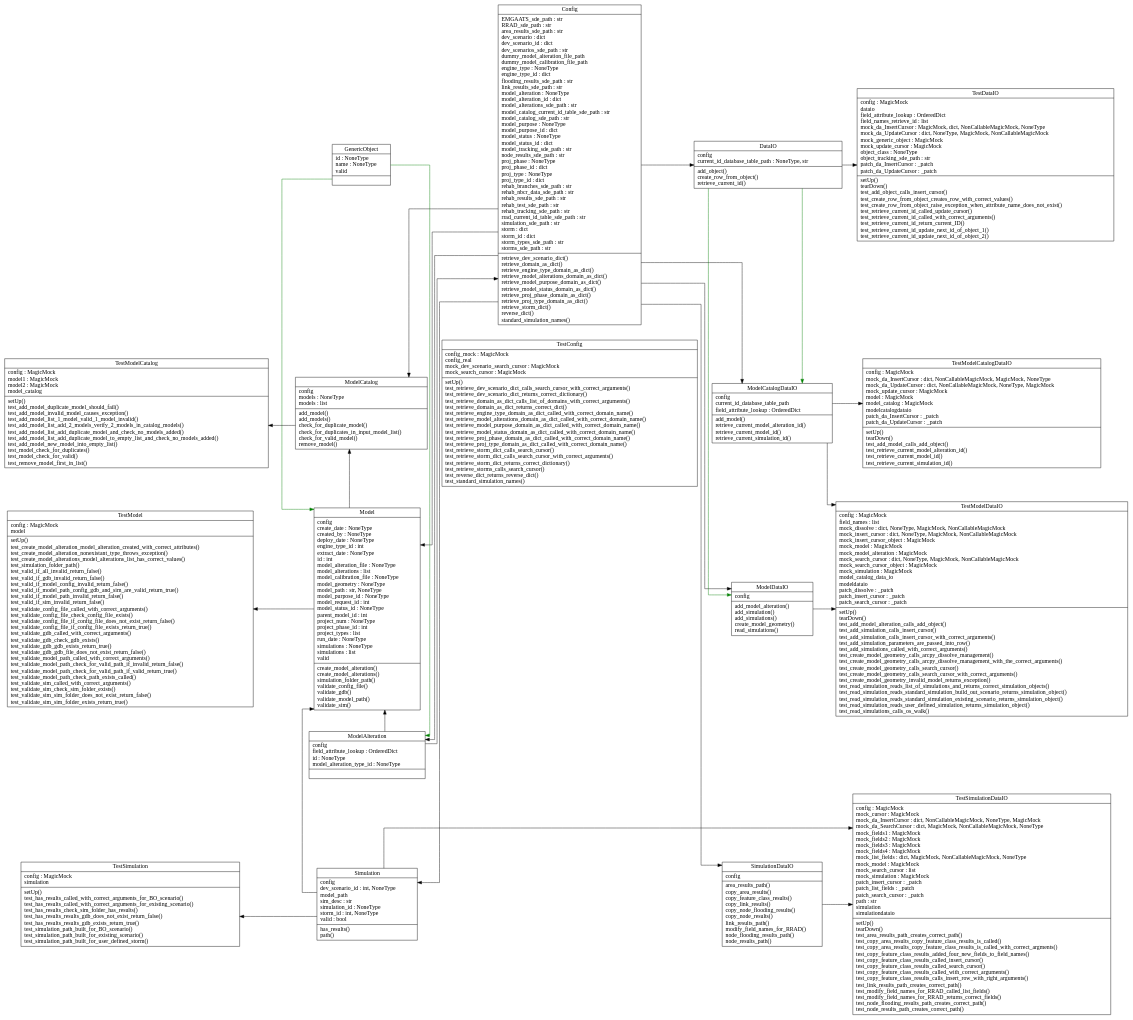
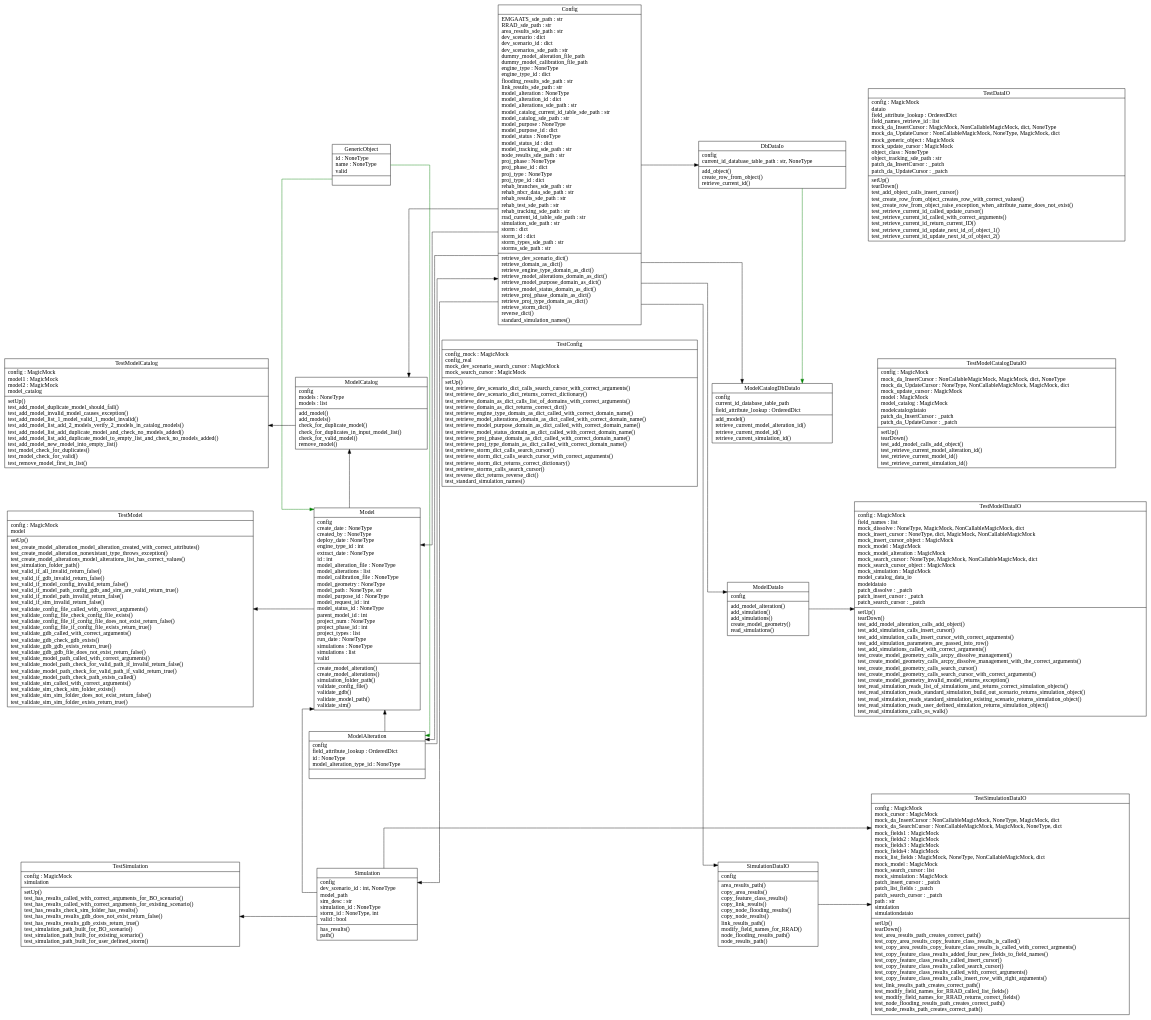
One commit to PDXBES/ModelCatalog changed the diagram in docs/Class_Diagram_Tool/finalModel_Catalog.dot. Above: the diagram before and after it, drawn with Graphviz. The commit also changed 29 other files, not shown here.

Commit message:
Updates to class diagrams and control files

```diff
--- a/docs/Class_Diagram_Tool/finalModel_Catalog.dot
+++ b/docs/Class_Diagram_Tool/finalModel_Catalog.dot
@@ -5,23 +5,23 @@
 edge [ constraint=False ];
 splines="ortho";
 "Config" [label="{Config|EMGAATS_sde_path : str\lRRAD_sde_path : str\larea_results_sde_path : str\ldev_scenario : dict\ldev_scenario_id : dict\ldev_scenarios_sde_path : str\ldummy_model_alteration_file_path\ldummy_model_calibration_file_path\lengine_type : NoneType\lengine_type_id : dict\lflooding_results_sde_path : str\llink_results_sde_path : str\lmodel_alteration : NoneType\lmodel_alteration_id : dict\lmodel_alterations_sde_path : str\lmodel_catalog_current_id_table_sde_path : str\lmodel_catalog_sde_path : str\lmodel_purpose : NoneType\lmodel_purpose_id : dict\lmodel_status : NoneType\lmodel_status_id : dict\lmodel_tracking_sde_path : str\lnode_results_sde_path : str\lproj_phase : NoneType\lproj_phase_id : dict\lproj_type : NoneType\lproj_type_id : dict\lrehab_branches_sde_path : str\lrehab_nbcr_data_sde_path : str\lrehab_results_sde_path : str\lrehab_test_sde_path : str\lrehab_tracking_sde_path : str\lrrad_current_id_table_sde_path : str\lsimulation_sde_path : str\lstorm : dict\lstorm_id : dict\lstorm_types_sde_path : str\lstorms_sde_path : str\l|retrieve_dev_scenario_dict()\lretrieve_domain_as_dict()\lretrieve_engine_type_domain_as_dict()\lretrieve_model_alterations_domain_as_dict()\lretrieve_model_purpose_domain_as_dict()\lretrieve_model_status_domain_as_dict()\lretrieve_proj_phase_domain_as_dict()\lretrieve_proj_type_domain_as_dict()\lretrieve_storm_dict()\lreverse_dict()\lstandard_simulation_names()\l}", shape="record"];
-"DataIO" [label="{DataIO|config\lcurrent_id_database_table_path : NoneType, str\l|add_object()\lcreate_row_from_object()\lretrieve_current_id()\l}", shape="record"];
+"DbDataIo" [label="{DbDataIo|config\lcurrent_id_database_table_path : str, NoneType\l|add_object()\lcreate_row_from_object()\lretrieve_current_id()\l}", shape="record"];
 "GenericObject" [label="{GenericObject|id : NoneType\lname : NoneType\lvalid\l|}", shape="record"];
-"Model" [label="{Model|config\lcreate_date : NoneType\lcreated_by : NoneType\ldeploy_date : NoneType\lengine_type_id : int\lextract_date : NoneType\lid : int\lmodel_alteration_file : NoneType\lmodel_alterations : list\lmodel_calibration_file : NoneType\lmodel_geometry : NoneType\lmodel_path : str, NoneType\lmodel_purpose_id : NoneType\lmodel_request_id : int\lmodel_status_id : NoneType\lparent_model_id : int\lproject_num : NoneType\lproject_phase_id : int\lproject_types : list\lrun_date : NoneType\lsimulations : NoneType\lsimulations : list\lvalid\l|create_model_alteration()\lcreate_model_alterations()\lsimulation_folder_path()\lvalidate_config_file()\lvalidate_gdb()\lvalidate_model_path()\lvalidate_sim()\l}", shape="record"];
+"Model" [label="{Model|config\lcreate_date : NoneType\lcreated_by : NoneType\ldeploy_date : NoneType\lengine_type_id : int\lextract_date : NoneType\lid : int\lmodel_alteration_file : NoneType\lmodel_alterations : list\lmodel_calibration_file : NoneType\lmodel_geometry : NoneType\lmodel_path : NoneType, str\lmodel_purpose_id : NoneType\lmodel_request_id : int\lmodel_status_id : NoneType\lparent_model_id : int\lproject_num : NoneType\lproject_phase_id : int\lproject_types : list\lrun_date : NoneType\lsimulations : NoneType\lsimulations : list\lvalid\l|create_model_alteration()\lcreate_model_alterations()\lsimulation_folder_path()\lvalidate_config_file()\lvalidate_gdb()\lvalidate_model_path()\lvalidate_sim()\l}", shape="record"];
 "ModelAlteration" [label="{ModelAlteration|config\lfield_attribute_lookup : OrderedDict\lid : NoneType\lmodel_alteration_type_id : NoneType\l|}", shape="record"];
 "ModelCatalog" [label="{ModelCatalog|config\lmodels : NoneType\lmodels : list\l|add_model()\ladd_models()\lcheck_for_duplicate_model()\lcheck_for_duplicates_in_input_model_list()\lcheck_for_valid_model()\lremove_model()\l}", shape="record"];
-"ModelCatalogDataIO" [label="{ModelCatalogDataIO|config\lcurrent_id_database_table_path\lfield_attribute_lookup : OrderedDict\l|add_model()\lretrieve_current_model_alteration_id()\lretrieve_current_model_id()\lretrieve_current_simulation_id()\l}", shape="record"];
-"ModelDataIO" [label="{ModelDataIO|config\l|add_model_alteration()\ladd_simulation()\ladd_simulations()\lcreate_model_geometry()\lread_simulations()\l}", shape="record"];
-"Simulation" [label="{Simulation|config\ldev_scenario_id : int, NoneType\lmodel_path\lsim_desc : str\lsimulation_id : NoneType\lstorm_id : int, NoneType\lvalid : bool\l|has_results()\lpath()\l}", shape="record"];
+"ModelCatalogDbDataIo" [label="{ModelCatalogDbDataIo|config\lcurrent_id_database_table_path\lfield_attribute_lookup : OrderedDict\l|add_model()\lretrieve_current_model_alteration_id()\lretrieve_current_model_id()\lretrieve_current_simulation_id()\l}", shape="record"];
+"ModelDataIo" [label="{ModelDataIo|config\l|add_model_alteration()\ladd_simulation()\ladd_simulations()\lcreate_model_geometry()\lread_simulations()\l}", shape="record"];
+"Simulation" [label="{Simulation|config\ldev_scenario_id : int, NoneType\lmodel_path\lsim_desc : str\lsimulation_id : NoneType\lstorm_id : NoneType, int\lvalid : bool\l|has_results()\lpath()\l}", shape="record"];
 "SimulationDataIO" [label="{SimulationDataIO|config\l|area_results_path()\lcopy_area_results()\lcopy_feature_class_results()\lcopy_link_results()\lcopy_node_flooding_results()\lcopy_node_results()\llink_results_path()\lmodify_field_names_for_RRAD()\lnode_flooding_results_path()\lnode_results_path()\l}", shape="record"];
 "TestConfig" [label="{TestConfig|config_mock : MagicMock\lconfig_real\lmock_dev_scenario_search_cursor : MagicMock\lmock_search_cursor : MagicMock\l|setUp()\ltest_retrieve_dev_scenario_dict_calls_search_cursor_with_correct_arguments()\ltest_retrieve_dev_scenario_dict_returns_correct_dictionary()\ltest_retrieve_domain_as_dict_calls_list_of_domains_with_correct_arguments()\ltest_retrieve_domain_as_dict_returns_correct_dict()\ltest_retrieve_engine_type_domain_as_dict_called_with_correct_domain_name()\ltest_retrieve_model_alterations_domain_as_dict_called_with_correct_domain_name()\ltest_retrieve_model_purpose_domain_as_dict_called_with_correct_domain_name()\ltest_retrieve_model_status_domain_as_dict_called_with_correct_domain_name()\ltest_retrieve_proj_phase_domain_as_dict_called_with_correct_domain_name()\ltest_retrieve_proj_type_domain_as_dict_called_with_correct_domain_name()\ltest_retrieve_storm_dict_calls_search_cursor()\ltest_retrieve_storm_dict_calls_search_cursor_with_correct_arguments()\ltest_retrieve_storm_dict_returns_correct_dictionary()\ltest_retrieve_storms_calls_search_cursor()\ltest_reverse_dict_returns_reverse_dict()\ltest_standard_simulation_names()\l}", shape="record"];
-"TestDataIO" [label="{TestDataIO|config : MagicMock\ldataio\lfield_attribute_lookup : OrderedDict\lfield_names_retrieve_id : list\lmock_da_InsertCursor : MagicMock, dict, NonCallableMagicMock, NoneType\lmock_da_UpdateCursor : dict, NoneType, MagicMock, NonCallableMagicMock\lmock_generic_object : MagicMock\lmock_update_cursor : MagicMock\lobject_class : NoneType\lobject_tracking_sde_path : str\lpatch_da_InsertCursor : _patch\lpatch_da_UpdateCursor : _patch\l|setUp()\ltearDown()\ltest_add_object_calls_insert_cursor()\ltest_create_row_from_object_creates_row_with_correct_values()\ltest_create_row_from_object_raise_exception_when_attribute_name_does_not_exist()\ltest_retrieve_current_id_called_update_cursor()\ltest_retrieve_current_id_called_with_correct_arguments()\ltest_retrieve_current_id_return_current_ID()\ltest_retrieve_current_id_update_next_id_of_object_1()\ltest_retrieve_current_id_update_next_id_of_object_2()\l}", shape="record"];
+"TestDataIO" [label="{TestDataIO|config : MagicMock\ldataio\lfield_attribute_lookup : OrderedDict\lfield_names_retrieve_id : list\lmock_da_InsertCursor : MagicMock, NonCallableMagicMock, dict, NoneType\lmock_da_UpdateCursor : NonCallableMagicMock, NoneType, MagicMock, dict\lmock_generic_object : MagicMock\lmock_update_cursor : MagicMock\lobject_class : NoneType\lobject_tracking_sde_path : str\lpatch_da_InsertCursor : _patch\lpatch_da_UpdateCursor : _patch\l|setUp()\ltearDown()\ltest_add_object_calls_insert_cursor()\ltest_create_row_from_object_creates_row_with_correct_values()\ltest_create_row_from_object_raise_exception_when_attribute_name_does_not_exist()\ltest_retrieve_current_id_called_update_cursor()\ltest_retrieve_current_id_called_with_correct_arguments()\ltest_retrieve_current_id_return_current_ID()\ltest_retrieve_current_id_update_next_id_of_object_1()\ltest_retrieve_current_id_update_next_id_of_object_2()\l}", shape="record"];
 "TestModel" [label="{TestModel|config : MagicMock\lmodel\l|setUp()\ltest_create_model_alteration_model_alteration_created_with_correct_attributes()\ltest_create_model_alteration_nonexistant_type_throws_exception()\ltest_create_model_alterations_model_alterations_list_has_correct_values()\ltest_simulation_folder_path()\ltest_valid_if_all_invalid_return_false()\ltest_valid_if_gdb_invalid_return_false()\ltest_valid_if_model_config_invalid_return_false()\ltest_valid_if_model_path_config_gdb_and_sim_are_valid_return_true()\ltest_valid_if_model_path_invalid_return_false()\ltest_valid_if_sim_invalid_return_false()\ltest_validate_config_file_called_with_correct_arguments()\ltest_validate_config_file_check_config_file_exists()\ltest_validate_config_file_if_config_file_does_not_exist_return_false()\ltest_validate_config_file_if_config_file_exists_return_true()\ltest_validate_gdb_called_with_correct_arguments()\ltest_validate_gdb_check_gdb_exists()\ltest_validate_gdb_gdb_exists_return_true()\ltest_validate_gdb_gdb_file_does_not_exist_return_false()\ltest_validate_model_path_called_with_correct_arguments()\ltest_validate_model_path_check_for_valid_path_if_invalid_return_false()\ltest_validate_model_path_check_for_valid_path_if_valid_return_true()\ltest_validate_model_path_check_path_exists_called()\ltest_validate_sim_called_with_correct_arguments()\ltest_validate_sim_check_sim_folder_exists()\ltest_validate_sim_sim_folder_does_not_exist_return_false()\ltest_validate_sim_sim_folder_exists_return_true()\l}", shape="record"];
 "TestModelCatalog" [label="{TestModelCatalog|config : MagicMock\lmodel1 : MagicMock\lmodel2 : MagicMock\lmodel_catalog\l|setUp()\ltest_add_model_duplicate_model_should_fail()\ltest_add_model_invalid_model_causes_exception()\ltest_add_model_list_1_model_valid_1_model_invalid()\ltest_add_model_list_add_2_models_verify_2_models_in_catalog_models()\ltest_add_model_list_add_duplicate_model_and_check_no_models_added()\ltest_add_model_list_add_duplicate_model_to_empty_list_and_check_no_models_added()\ltest_add_model_new_model_into_empty_list()\ltest_model_check_for_duplicates()\ltest_model_check_for_valid()\ltest_remove_model_first_in_list()\l}", shape="record"];
-"TestModelCatalogDataIO" [label="{TestModelCatalogDataIO|config : MagicMock\lmock_da_InsertCursor : dict, NonCallableMagicMock, MagicMock, NoneType\lmock_da_UpdateCursor : dict, NonCallableMagicMock, NoneType, MagicMock\lmock_update_cursor : MagicMock\lmodel : MagicMock\lmodel_catalog : MagicMock\lmodelcatalogdataio\lpatch_da_InsertCursor : _patch\lpatch_da_UpdateCursor : _patch\l|setUp()\ltearDown()\ltest_add_model_calls_add_object()\ltest_retrieve_current_model_alteration_id()\ltest_retrieve_current_model_id()\ltest_retrieve_current_simulation_id()\l}", shape="record"];
-"TestModelDataIO" [label="{TestModelDataIO|config : MagicMock\lfield_names : list\lmock_dissolve : dict, NoneType, MagicMock, NonCallableMagicMock\lmock_insert_cursor : dict, NoneType, MagicMock, NonCallableMagicMock\lmock_insert_cursor_object : MagicMock\lmock_model : MagicMock\lmock_model_alteration : MagicMock\lmock_search_cursor : dict, NoneType, MagicMock, NonCallableMagicMock\lmock_search_cursor_object : MagicMock\lmock_simulation : MagicMock\lmodel_catalog_data_io\lmodeldataio\lpatch_dissolve : _patch\lpatch_insert_cursor : _patch\lpatch_search_cursor : _patch\l|setUp()\ltearDown()\ltest_add_model_alteration_calls_add_object()\ltest_add_simulation_calls_insert_cursor()\ltest_add_simulation_calls_insert_cursor_with_correct_arguments()\ltest_add_simulation_parameters_are_passed_into_row()\ltest_add_simulations_called_with_correct_arguments()\ltest_create_model_geometry_calls_arcpy_dissolve_management()\ltest_create_model_geometry_calls_arcpy_dissolve_management_with_the_correct_arguments()\ltest_create_model_geometry_calls_search_cursor()\ltest_create_model_geometry_calls_search_cursor_with_correct_arguments()\ltest_create_model_geometry_invalid_model_returns_exception()\ltest_read_simulation_reads_list_of_simulations_and_returns_correct_simulation_objects()\ltest_read_simulation_reads_standard_simulation_build_out_scenario_returns_simulation_object()\ltest_read_simulation_reads_standard_simulation_existing_scenario_returns_simulation_object()\ltest_read_simulation_reads_user_defined_simulation_returns_simulation_object()\ltest_read_simulations_calls_os_walk()\l}", shape="record"];
+"TestModelCatalogDataIO" [label="{TestModelCatalogDataIO|config : MagicMock\lmock_da_InsertCursor : NonCallableMagicMock, MagicMock, dict, NoneType\lmock_da_UpdateCursor : NoneType, NonCallableMagicMock, MagicMock, dict\lmock_update_cursor : MagicMock\lmodel : MagicMock\lmodel_catalog : MagicMock\lmodelcatalogdataio\lpatch_da_InsertCursor : _patch\lpatch_da_UpdateCursor : _patch\l|setUp()\ltearDown()\ltest_add_model_calls_add_object()\ltest_retrieve_current_model_alteration_id()\ltest_retrieve_current_model_id()\ltest_retrieve_current_simulation_id()\l}", shape="record"];
+"TestModelDataIO" [label="{TestModelDataIO|config : MagicMock\lfield_names : list\lmock_dissolve : NoneType, MagicMock, NonCallableMagicMock, dict\lmock_insert_cursor : NoneType, dict, MagicMock, NonCallableMagicMock\lmock_insert_cursor_object : MagicMock\lmock_model : MagicMock\lmock_model_alteration : MagicMock\lmock_search_cursor : NoneType, MagicMock, NonCallableMagicMock, dict\lmock_search_cursor_object : MagicMock\lmock_simulation : MagicMock\lmodel_catalog_data_io\lmodeldataio\lpatch_dissolve : _patch\lpatch_insert_cursor : _patch\lpatch_search_cursor : _patch\l|setUp()\ltearDown()\ltest_add_model_alteration_calls_add_object()\ltest_add_simulation_calls_insert_cursor()\ltest_add_simulation_calls_insert_cursor_with_correct_arguments()\ltest_add_simulation_parameters_are_passed_into_row()\ltest_add_simulations_called_with_correct_arguments()\ltest_create_model_geometry_calls_arcpy_dissolve_management()\ltest_create_model_geometry_calls_arcpy_dissolve_management_with_the_correct_arguments()\ltest_create_model_geometry_calls_search_cursor()\ltest_create_model_geometry_calls_search_cursor_with_correct_arguments()\ltest_create_model_geometry_invalid_model_returns_exception()\ltest_read_simulation_reads_list_of_simulations_and_returns_correct_simulation_objects()\ltest_read_simulation_reads_standard_simulation_build_out_scenario_returns_simulation_object()\ltest_read_simulation_reads_standard_simulation_existing_scenario_returns_simulation_object()\ltest_read_simulation_reads_user_defined_simulation_returns_simulation_object()\ltest_read_simulations_calls_os_walk()\l}", shape="record"];
 "TestSimulation" [label="{TestSimulation|config : MagicMock\lsimulation\l|setUp()\ltest_has_results_called_with_correct_arguments_for_BO_scenario()\ltest_has_results_called_with_correct_arguments_for_existing_scenario()\ltest_has_results_check_sim_folder_has_results()\ltest_has_results_results_gdb_does_not_exist_return_false()\ltest_has_results_results_gdb_exists_return_true()\ltest_simulation_path_built_for_BO_scenario()\ltest_simulation_path_built_for_existing_scenario()\ltest_simulation_path_built_for_user_defined_storm()\l}", shape="record"];
-"TestSimulationDataIO" [label="{TestSimulationDataIO|config : MagicMock\lmock_cursor : MagicMock\lmock_da_InsertCursor : dict, NonCallableMagicMock, NoneType, MagicMock\lmock_da_SearchCursor : dict, MagicMock, NonCallableMagicMock, NoneType\lmock_fields1 : MagicMock\lmock_fields2 : MagicMock\lmock_fields3 : MagicMock\lmock_fields4 : MagicMock\lmock_list_fields : dict, MagicMock, NonCallableMagicMock, NoneType\lmock_model : MagicMock\lmock_search_cursor : list\lmock_simulation : MagicMock\lpatch_insert_cursor : _patch\lpatch_list_fields : _patch\lpatch_search_cursor : _patch\lpath : str\lsimulation\lsimulationdataio\l|setUp()\ltearDown()\ltest_area_results_path_creates_correct_path()\ltest_copy_area_results_copy_feature_class_results_is_called()\ltest_copy_area_results_copy_feature_class_results_is_called_with_correct_argments()\ltest_copy_feature_class_results_added_four_new_fields_to_field_names()\ltest_copy_feature_class_results_called_insert_cursor()\ltest_copy_feature_class_results_called_search_cursor()\ltest_copy_feature_class_results_called_with_correct_arguments()\ltest_copy_feature_class_results_calls_insert_row_with_right_arguments()\ltest_link_results_path_creates_correct_path()\ltest_modify_field_names_for_RRAD_called_list_fields()\ltest_modify_field_names_for_RRAD_returns_correct_fields()\ltest_node_flooding_results_path_creates_correct_path()\ltest_node_results_path_creates_correct_path()\l}", shape="record"];
+"TestSimulationDataIO" [label="{TestSimulationDataIO|config : MagicMock\lmock_cursor : MagicMock\lmock_da_InsertCursor : NonCallableMagicMock, NoneType, MagicMock, dict\lmock_da_SearchCursor : NonCallableMagicMock, MagicMock, NoneType, dict\lmock_fields1 : MagicMock\lmock_fields2 : MagicMock\lmock_fields3 : MagicMock\lmock_fields4 : MagicMock\lmock_list_fields : MagicMock, NoneType, NonCallableMagicMock, dict\lmock_model : MagicMock\lmock_search_cursor : list\lmock_simulation : MagicMock\lpatch_insert_cursor : _patch\lpatch_list_fields : _patch\lpatch_search_cursor : _patch\lpath : str\lsimulation\lsimulationdataio\l|setUp()\ltearDown()\ltest_area_results_path_creates_correct_path()\ltest_copy_area_results_copy_feature_class_results_is_called()\ltest_copy_area_results_copy_feature_class_results_is_called_with_correct_argments()\ltest_copy_feature_class_results_added_four_new_fields_to_field_names()\ltest_copy_feature_class_results_called_insert_cursor()\ltest_copy_feature_class_results_called_search_cursor()\ltest_copy_feature_class_results_called_with_correct_arguments()\ltest_copy_feature_class_results_calls_insert_row_with_right_arguments()\ltest_link_results_path_creates_correct_path()\ltest_modify_field_names_for_RRAD_called_list_fields()\ltest_modify_field_names_for_RRAD_returns_correct_fields()\ltest_node_flooding_results_path_creates_correct_path()\ltest_node_results_path_creates_correct_path()\l}", shape="record"];
 
 "_d0" [label="_d0", shape="record" style=invis];
 "_d2" [label="_d2", shape="record" style=invis];
@@ -34,32 +34,28 @@
 {rank= tb "_d0"->"TestModelCatalog"->"TestModel"->"_d2"->"TestSimulation" [constraint=true style=invis]};
 {rank= tb "GenericObject"->"ModelCatalog"->"Model"->"ModelAlteration"->"Simulation" [constraint=true style=invis]};
 {rank= tb "Config"->"TestConfig"->"_d1"->"_d3"->"_d6" [constraint=true style=invis]};
-{rank= tb "DataIO"->"ModelCatalogDataIO"->"ModelDataIO"->"_d4"->"SimulationDataIO" [constraint=true style=invis]};
+{rank= tb "DbDataIo"->"ModelCatalogDbDataIo"->"ModelDataIo"->"_d4"->"SimulationDataIO" [constraint=true style=invis]};
 {rank= tb "TestDataIO"->"TestModelCatalogDataIO"->"TestModelDataIO"->"_d5"->"TestSimulationDataIO" [constraint=true style=invis]};
-{rank= same TestModelCatalog->ModelCatalog->TestConfig->ModelCatalogDataIO->TestModelCatalogDataIO [constraint=True style=invis]};
+{rank= same TestModelCatalog->ModelCatalog->TestConfig->ModelCatalogDbDataIo->TestModelCatalogDataIO [constraint=True style=invis]};
 "ModelAlteration"->"Config";
-"Config"->"DataIO";
-"DataIO"->"TestDataIO";
+"Config"->"DbDataIo";
 "ModelCatalog"->"TestModelCatalog";
 "Config"->"ModelCatalog";
 "Model"->"ModelCatalog";
-"Config"->"ModelCatalogDataIO";
-"ModelCatalogDataIO"->"TestModelCatalogDataIO";
+"Config"->"ModelCatalogDbDataIo";
 "Model"->"TestModel";
 "Config"->"Model";
 "ModelAlteration"->"Model";
 "Simulation"->"Model";
-"Config"->"ModelDataIO";
-"ModelCatalogDataIO"->"TestModelDataIO";
-"ModelDataIO"->"TestModelDataIO";
+"Config"->"ModelDataIo";
+"ModelDataIo"->"TestModelDataIO";
 "Config"->"ModelAlteration";
 "Simulation"->"TestSimulation";
 "Config"->"Simulation";
 "Config"->"SimulationDataIO";
 "Simulation"->"TestSimulationDataIO";
 "SimulationDataIO"->"TestSimulationDataIO";
-"DataIO"->"ModelCatalogDataIO" [color="green"];
+"DbDataIo"->"ModelCatalogDbDataIo" [color="green"];
 "GenericObject"->"Model" [color="green"];
-"DataIO"->"ModelDataIO" [color="green"];
 "GenericObject"->"ModelAlteration" [color="green"];
 }
```
